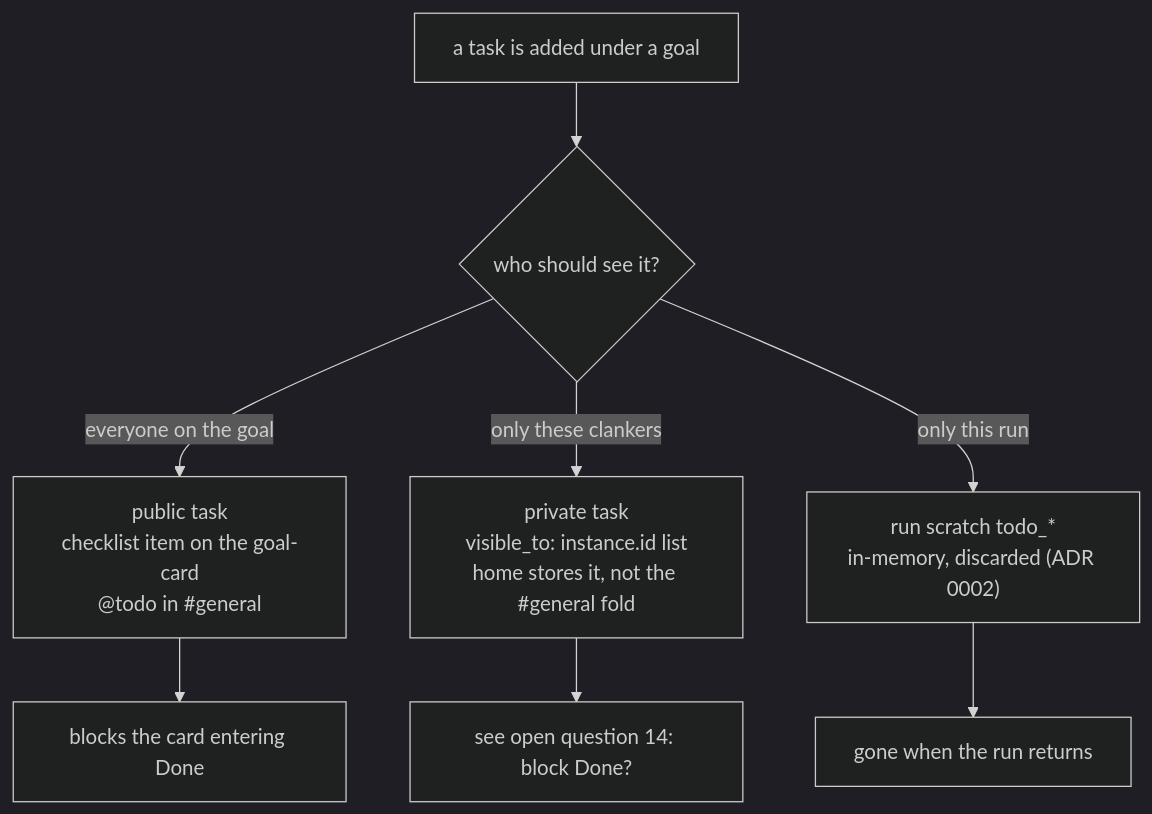
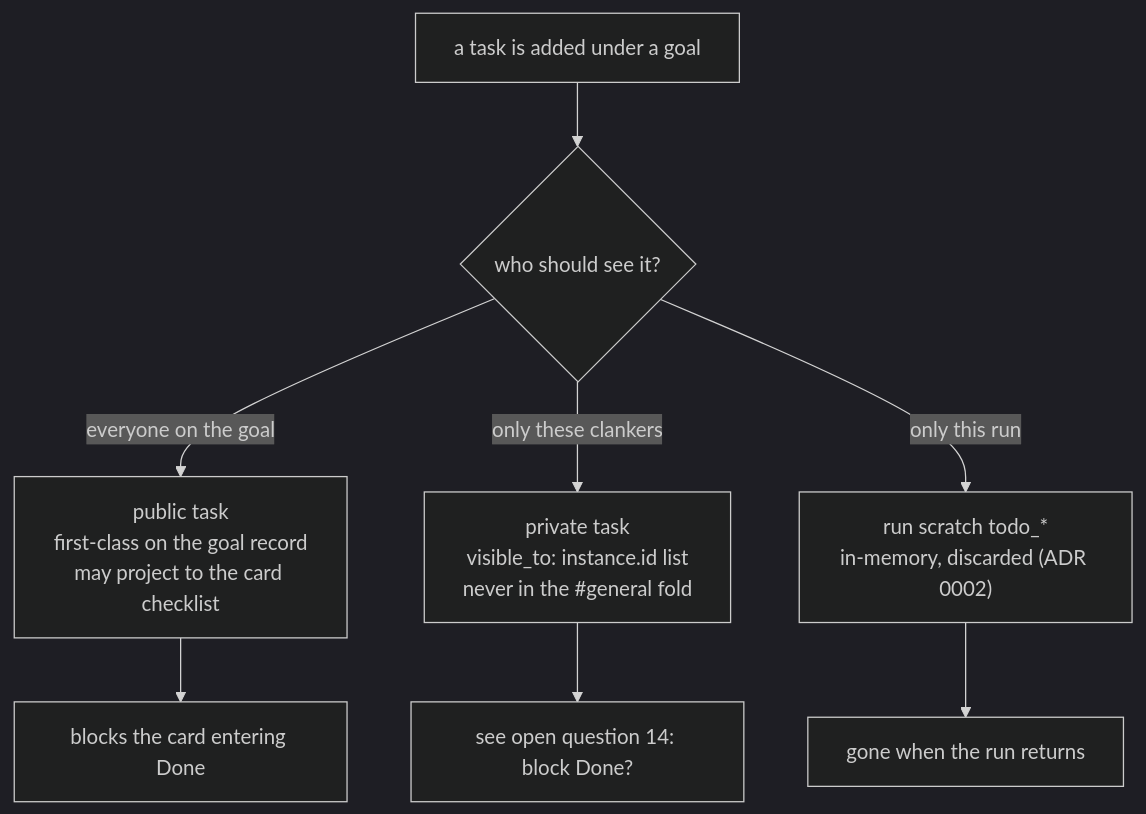
The fifth of 11 diagrams in docs/rfcs/0001-workspace-room-board-hierarchy.md (maci0/clanker), drawn with Mermaid (dark theme) before and after one commit. The commit also changed other lines of this file and 1 other file, not shown here.

Commit message:
roadmap, rfc updates

````diff
--- a/docs/rfcs/0001-workspace-room-board-hierarchy.md
+++ b/docs/rfcs/0001-workspace-room-board-hierarchy.md
@@ -739,10 +743,10 @@
 ```mermaid
 flowchart TD
     T["a task is added under a goal"] --> Q{"who should see it?"}
-    Q -->|"everyone on the goal"| Pub["public task<br/>checklist item on the goal-card<br/>@todo in #general"]
-    Q -->|"only these clankers"| Priv["private task<br/>visible_to: instance.id list<br/>home stores it, not the #general fold"]
+    Q -->|"everyone on the goal"| Pub["public task<br/>first-class on the goal record<br/>may project to the card checklist"]
+    Q -->|"only these clankers"| Priv["private task<br/>visible_to: instance.id list<br/>never in the #general fold"]
     Q -->|"only this run"| Scratch["run scratch todo_*<br/>in-memory, discarded (ADR 0002)"]
     Pub --> Done["blocks the card entering Done"]
     Priv --> Open["see open question 14: block Done?"]
     Scratch --> Die["gone when the run returns"]
 ```
````
